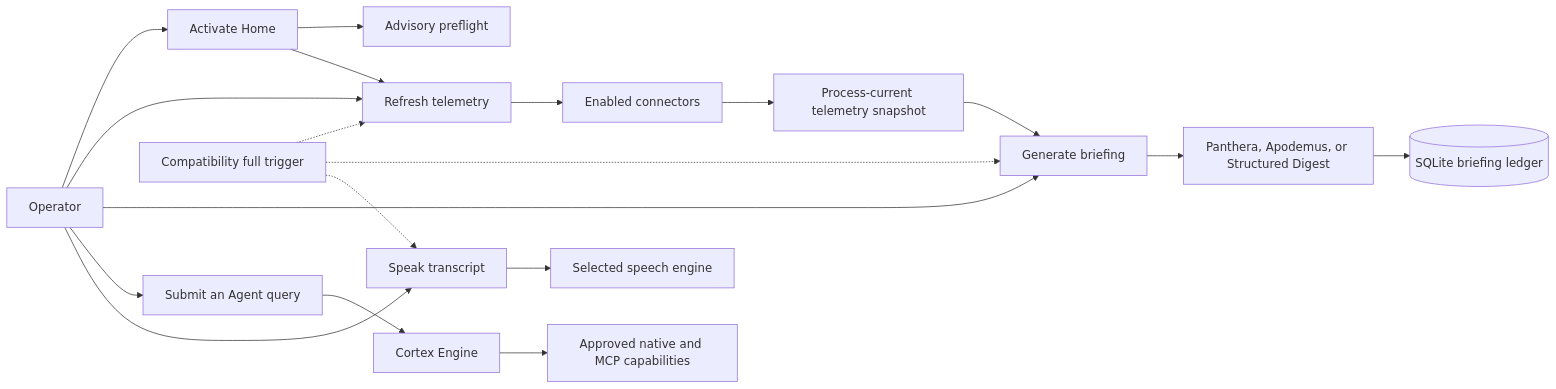
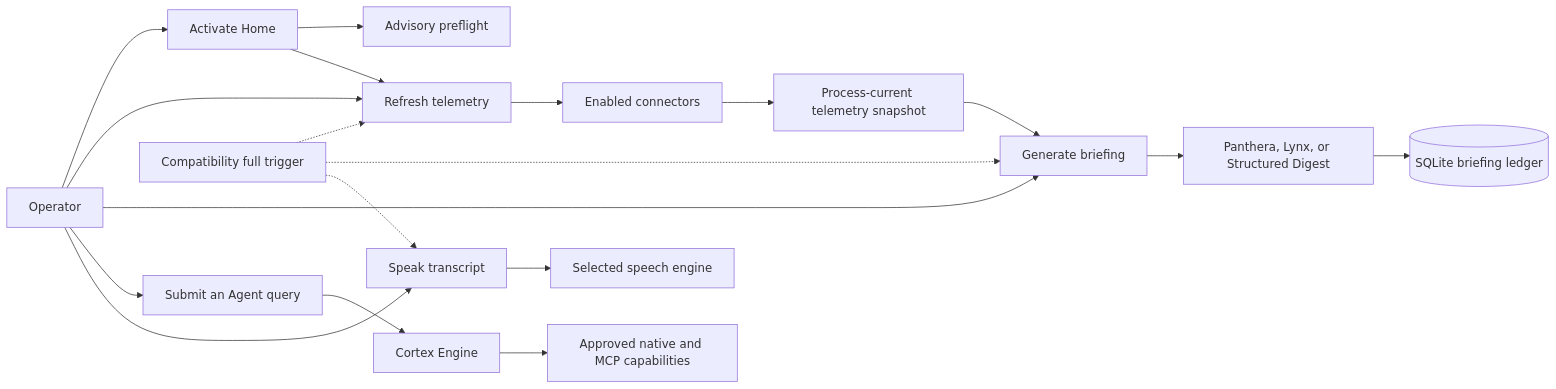
The second of 3 diagrams in docs/architecture.md (edumarcano/APEX), drawn with Mermaid before and after one commit. The commit also changed other lines of this file and 92 other files, not shown here.

First line of the commit message:
feat: rework Apex Agents into Panthera and Lynx

````diff
--- a/docs/architecture.md
+++ b/docs/architecture.md
@@ -50,30 +50,30 @@
 ```mermaid
 flowchart LR
     USER["Operator"]
 
     USER --> ACTIVATE["Activate Home"]
     USER --> REFRESH["Refresh telemetry"]
     USER --> BRIEF["Generate briefing"]
     USER --> ASK["Submit an Agent query"]
     USER --> SPEAK["Speak transcript"]
 
     ACTIVATE --> PREFLIGHT["Advisory preflight"]
     ACTIVATE --> REFRESH
 
     REFRESH --> CONNECTORS["Enabled connectors"]
     CONNECTORS --> SNAPSHOT["Process-current telemetry snapshot"]
 
     SNAPSHOT --> BRIEF
-    BRIEF --> SYNTHESIS["Panthera, Apodemus, or Structured Digest"]
+    BRIEF --> SYNTHESIS["Panthera, Lynx, or Structured Digest"]
     SYNTHESIS --> LEDGER[("SQLite briefing ledger")]
 
     ASK --> CORTEX["Cortex Engine"]
     CORTEX --> TOOLS["Approved native and MCP capabilities"]
 
     SPEAK --> VOICE["Selected speech engine"]
 
     FULL["Compatibility full trigger"]
     FULL -.-> REFRESH
     FULL -.-> BRIEF
     FULL -.-> SPEAK
 ```
````
